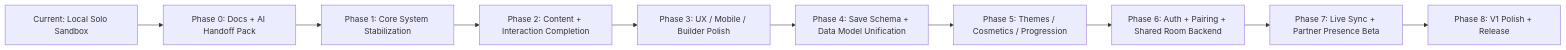
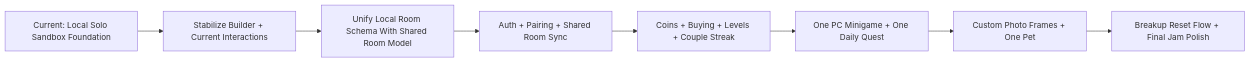
The fifth of 6 diagrams in docs/DIAGRAMS.md (Erlavush/FAHHH), drawn with Mermaid before and after one commit. The commit also changed other lines of this file and 19 other files, not shown here.

Commit message:
Add local inventory ownership flow and update project vision

````diff
--- a/docs/DIAGRAMS.md
+++ b/docs/DIAGRAMS.md
@@ -90,12 +90,10 @@
 ```mermaid
 flowchart LR
-  A["Current: Local Solo Sandbox"] --> B["Phase 0: Docs + AI Handoff Pack"]
-  B --> C["Phase 1: Core System Stabilization"]
-  C --> D["Phase 2: Content + Interaction Completion"]
-  D --> E["Phase 3: UX / Mobile / Builder Polish"]
-  E --> F["Phase 4: Save Schema + Data Model Unification"]
-  F --> G["Phase 5: Themes / Cosmetics / Progression"]
-  G --> H["Phase 6: Auth + Pairing + Shared Room Backend"]
-  H --> I["Phase 7: Live Sync + Partner Presence Beta"]
-  I --> J["Phase 8: V1 Polish + Release"]
+  A["Current: Local Solo Sandbox Foundation"] --> B["Stabilize Builder + Current Interactions"]
+  B --> C["Unify Local Room Schema With Shared Room Model"]
+  C --> D["Auth + Pairing + Shared Room Sync"]
+  D --> E["Coins + Buying + Levels + Couple Streak"]
+  E --> F["One PC Minigame + One Daily Quest"]
+  F --> G["Custom Photo Frames + One Pet"]
+  G --> H["Breakup Reset Flow + Final Jam Polish"]
 ```
````
